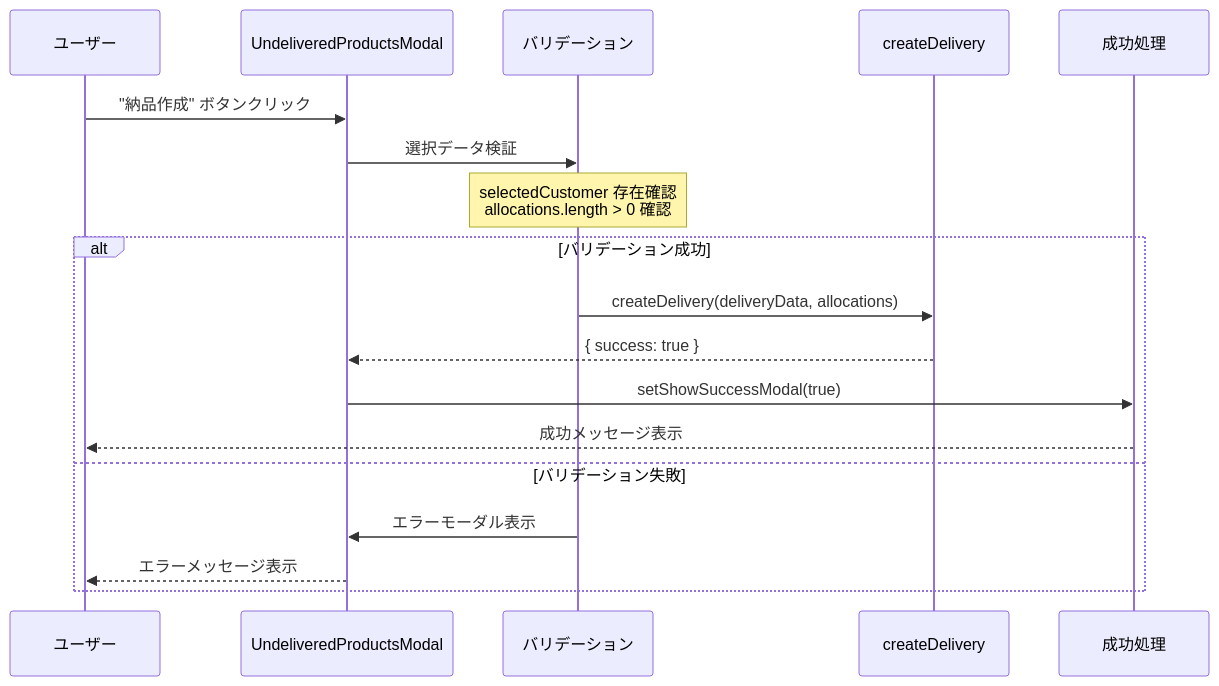
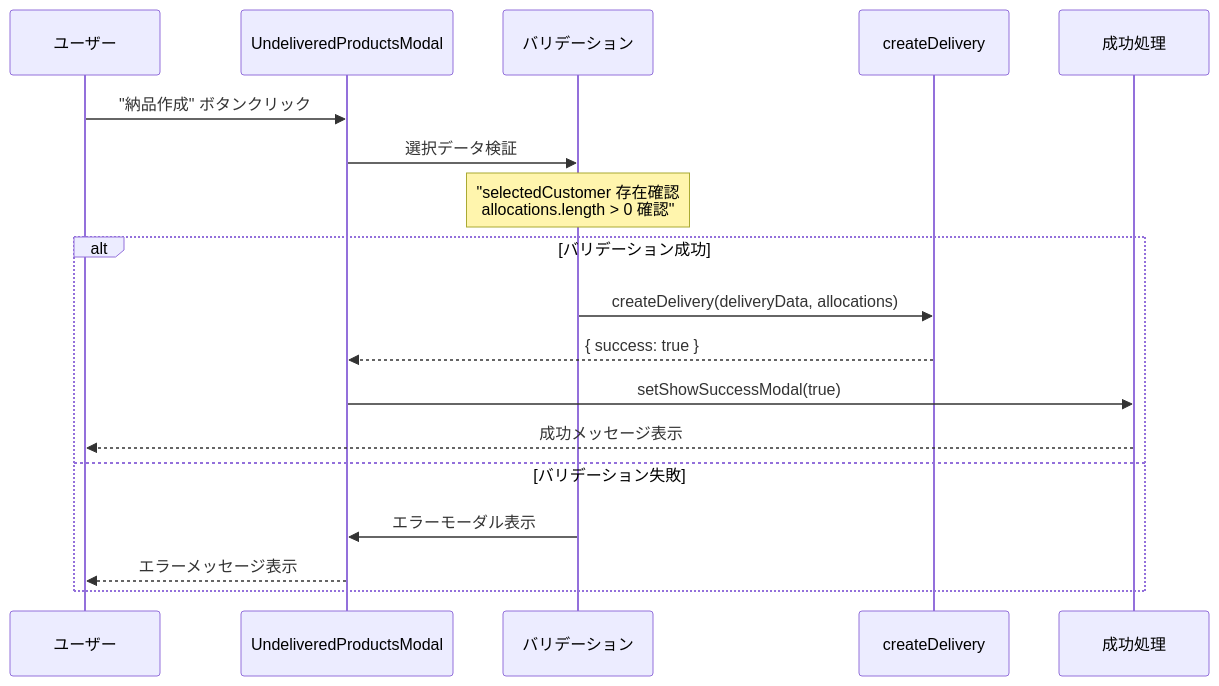
One commit to wasabi49/ocs-systemDevelopmentExercises changed the fifth of 12 diagrams in document/pages/sequence/DeliveryAdd.md. Above: the diagram before and after it, drawn with Mermaid. The commit also changed other lines of this file and 42 other files, not shown here.

First line of the commit message:
fix: mermaidシーケンス図のNote over文でダブルクォーテーション不足を修正

````diff
--- a/document/pages/sequence/DeliveryAdd.md
+++ b/document/pages/sequence/DeliveryAdd.md
@@ -101,22 +101,22 @@
 ```mermaid
 sequenceDiagram
     participant User as ユーザー
     participant Modal as UndeliveredProductsModal
     participant Validation as バリデーション
     participant CreateAPI as createDelivery
     participant Success as 成功処理
 
     User->>Modal: "納品作成" ボタンクリック
     Modal->>Validation: 選択データ検証
-    Note over Validation: selectedCustomer 存在確認<br/>allocations.length > 0 確認
+    Note over Validation: "selectedCustomer 存在確認<br/>allocations.length > 0 確認"
     
     alt バリデーション成功
         Validation->>CreateAPI: createDelivery(deliveryData, allocations)
         CreateAPI-->>Modal: { success: true }
         Modal->>Success: setShowSuccessModal(true)
         Success-->>User: 成功メッセージ表示
     else バリデーション失敗
         Validation->>Modal: エラーモーダル表示
         Modal-->>User: エラーメッセージ表示
     end
 ```
````
